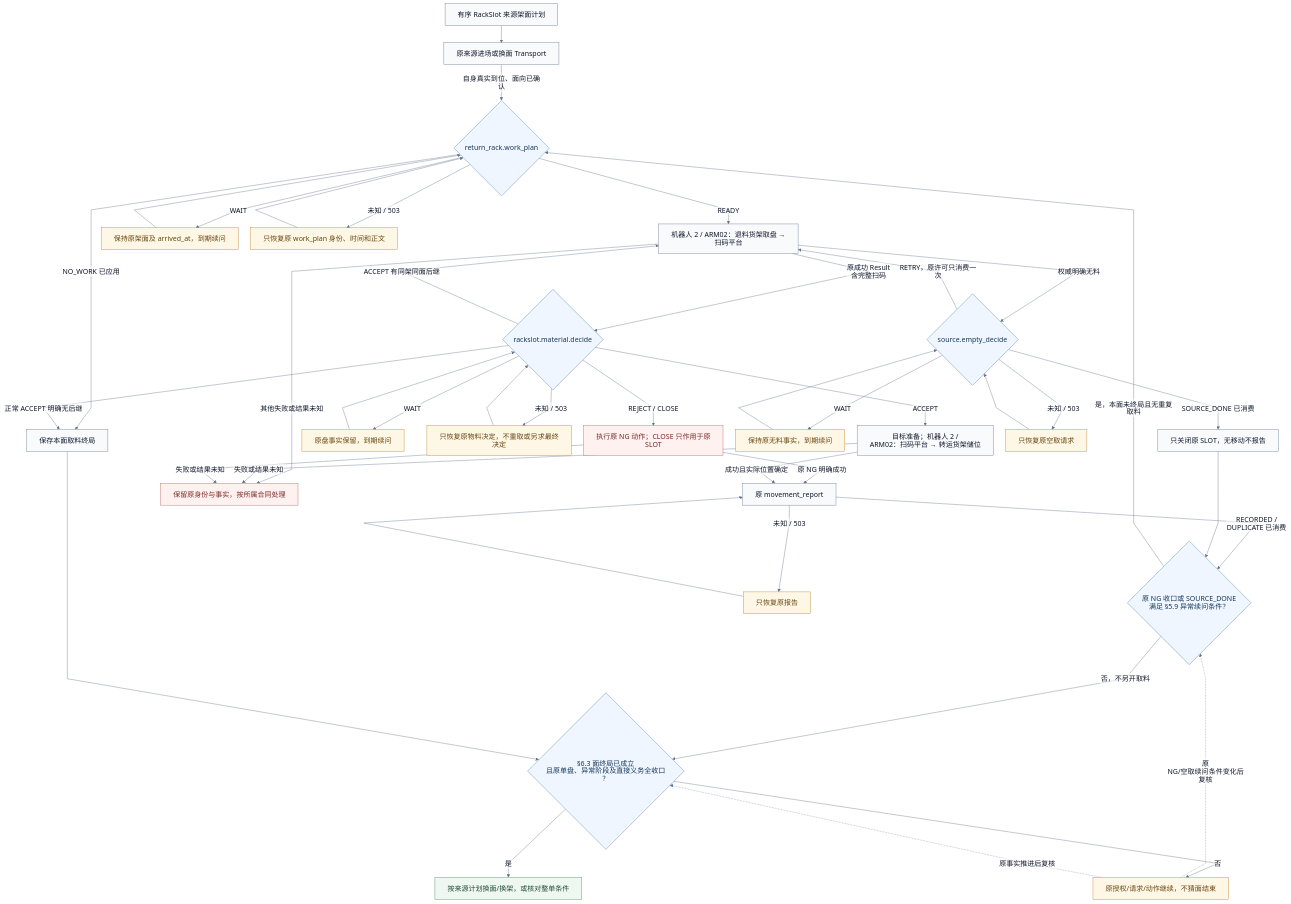
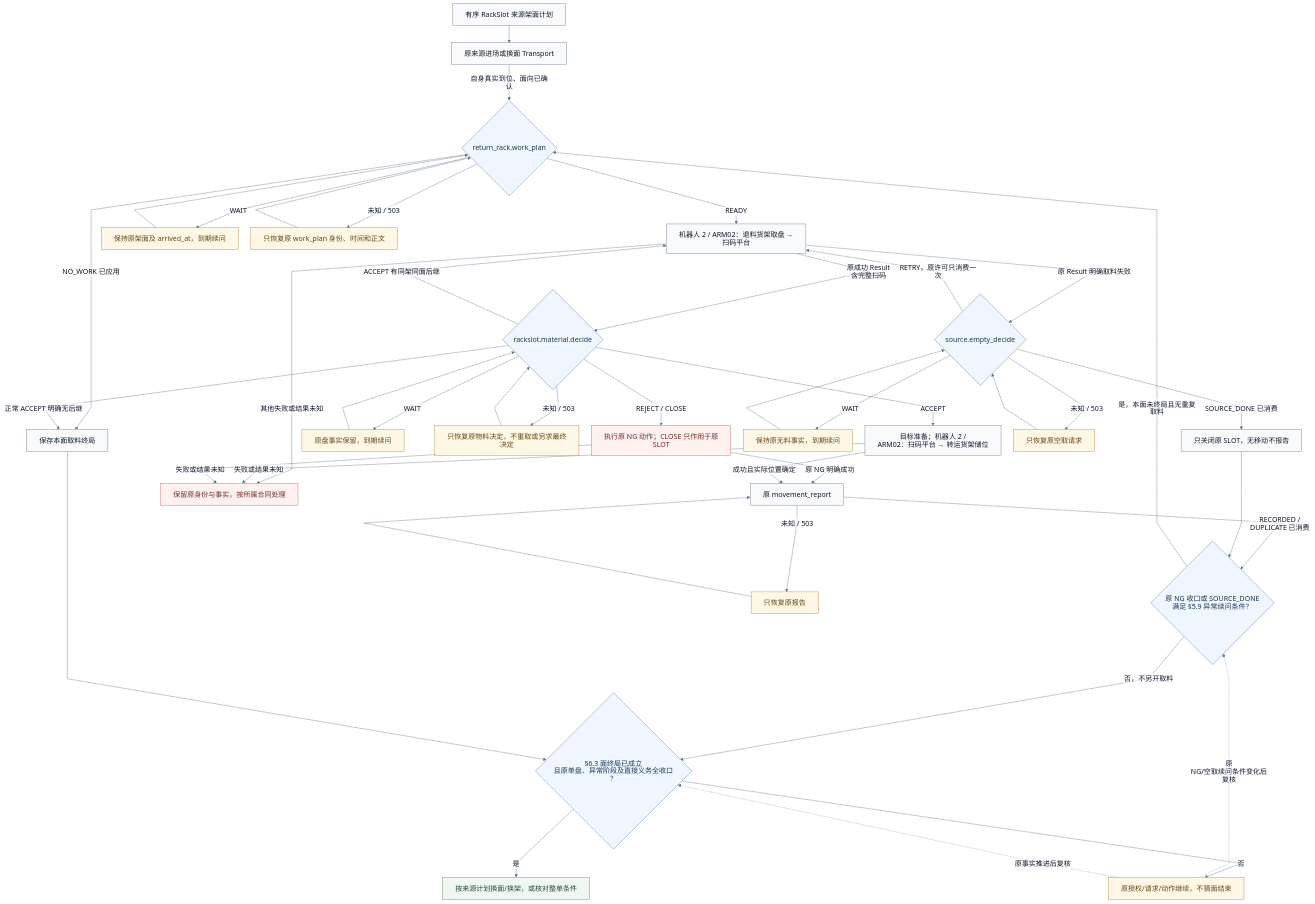
The third of 4 diagrams in docs/integrations/smt-auto-api.md (kaizhoumasha/maintenance-admin), drawn with Mermaid before and after one commit. The commit also changed other lines of this file and 87 other files, not shown here.

````diff
--- a/docs/integrations/smt-auto-api.md
+++ b/docs/integrations/smt-auto-api.md
@@ -212,52 +300,52 @@
 ```mermaid
 %%{init: {"htmlLabels":false,"theme":"base","flowchart":{"htmlLabels":false,"padding":16,"nodeSpacing":32,"rankSpacing":44,"curve":"linear","wrappingWidth":320,"diagramPadding":20},"themeVariables":{"fontFamily":"sans-serif","fontSize":"18px","lineColor":"#64748b","edgeLabelBackground":"#ffffff","primaryColor":"#f8fafc","primaryTextColor":"#0f172a","primaryBorderColor":"#64748b"},"fontFamily":"sans-serif"}}%%
 flowchart TB
     R0["有序 RackSlot 来源架面计划"] --> R1["原来源进场或换面 Transport"]
     R1 -->|自身真实到位、面向已确认| R2{"return_rack.work_plan"}
     R2 -->|READY| R3["机器人 2 / ARM02：退料货架取盘 → 扫码平台"]
     R2 -->|WAIT| RW["保持原架面及 arrived_at，到期续问"]
     RW --> R2
     R2 -->|未知 / 503| RWP["只恢复原 work_plan 身份、时间和正文"]
     RWP --> R2
     R2 -->|NO_WORK 已应用| RT["保存本面取料终局"]
     R3 -->|原成功 Result 含完整扫码| R4{"rackslot.material.decide"}
     R4 -->|ACCEPT| R5["目标准备；机器人 2 / ARM02：扫码平台 → 转运货架储位"]
     R4 -->|ACCEPT 有同架同面后继| R3
     R4 -->|正常 ACCEPT 明确无后继| RT
     R4 -->|WAIT| RDW["原盘事实保留，到期续问"]
     RDW --> R4
     R4 -->|未知 / 503| RMP["只恢复原物料决定，不重取或另求最终决定"]
     RMP --> R4
     R4 -->|REJECT / CLOSE| RNG["执行原 NG 动作；CLOSE 只作用于原 SLOT"]
     RNG -->|原 NG 明确成功| R6["原 movement_report"]
     R5 -->|成功且实际位置确定| R6
     R6 -->|RECORDED / DUPLICATE 已消费| RA{"原 NG 收口或 SOURCE_DONE<br/>满足 §5.9 异常续问条件？"}
     R6 -->|未知 / 503| RREP["只恢复原报告"]
     RREP --> R6
-    R3 -->|权威明确无料| RE{"source.empty_decide"}
+    R3 -->|原 Result 明确取料失败| RE{"source.empty_decide"}
     RE -->|WAIT| REW["保持原无料事实，到期续问"]
     REW --> RE
     RE -->|RETRY，原许可只消费一次| R3
     RE -->|SOURCE_DONE 已消费| RSD["只关闭原 SLOT，无移动不报告"]
     RSD --> RA
     RA -->|是，本面未终局且无重复取料| R2
     RA -->|否，不另开取料| RC{"§6.3 面终局已成立<br/>且原单盘、异常阶段及直接义务全收口？"}
     RT --> RC
     RC -->|是| R7["按来源计划换面/换架，或核对整单条件"]
     RC -->|否| RP["原授权/请求/动作继续，不猜面结束"]
     RP -.->|原 NG/空取续问条件变化后复核| RA
     RP -.->|原事实推进后复核| RC
     R3 -->|其他失败或结果未知| RU["保留原身份与事实，按所属合同处理"]
     R5 -->|失败或结果未知| RU
     RNG -->|失败或结果未知| RU
     RE -->|未知 / 503| REU["只恢复原空取请求"]
     REU --> RE
     classDef decision fill:#eff6ff,stroke:#4d76a8,color:#173658
     classDef waiting fill:#fff7e6,stroke:#b58127,color:#65450c
     classDef attention fill:#fff1f0,stroke:#b85d58,color:#742a26
     classDef done fill:#eef7f0,stroke:#508462,color:#214d31
     class R2,R4,RE,RA,RC decision
     class RW,RDW,REW,RP,RREP,REU,RWP,RMP waiting
     class RNG,RU attention
     class R7 done
 ```
````
